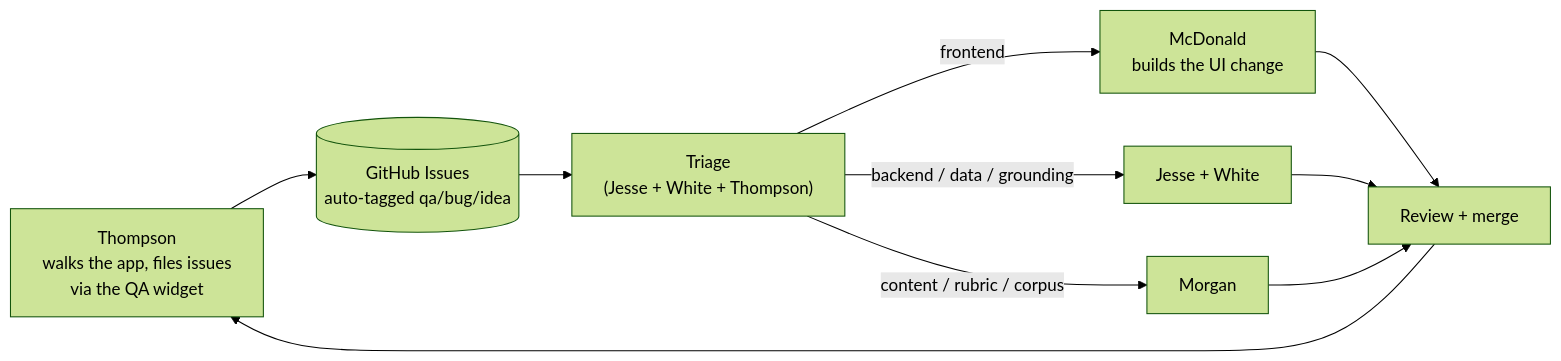
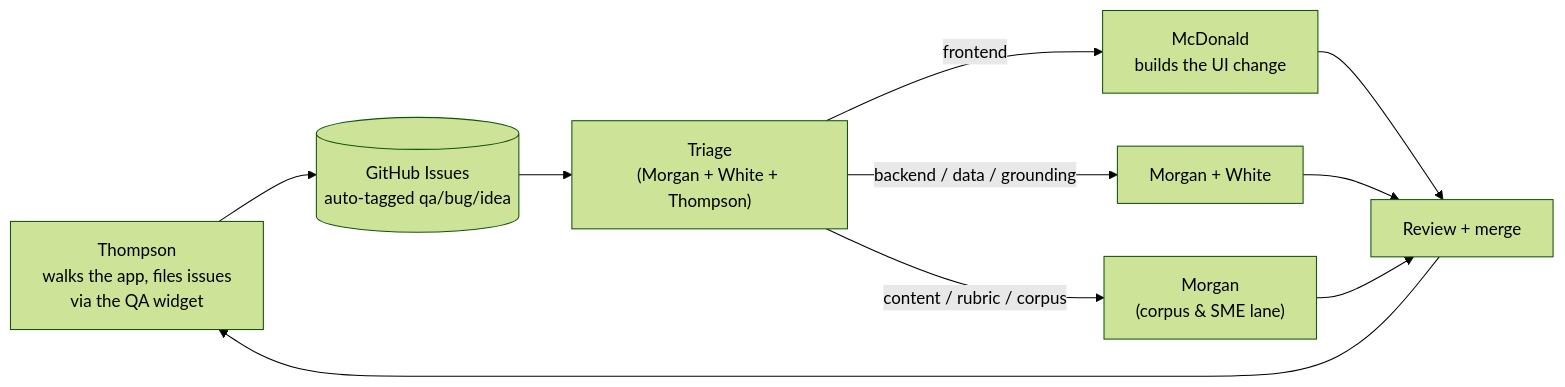
Before and after one commit to jeranaias/grounded-training-demo: the diagram in docs/gameday/TEAM-PLAN.md, drawn with Mermaid (forest theme). The commit also changed other lines of this file and 1 other file, not shown here.

Commit message:
Correct roster to 4 people: Morgan (Jesse) owns grounding + content/SME lane

````diff
--- a/docs/gameday/TEAM-PLAN.md
+++ b/docs/gameday/TEAM-PLAN.md
@@ -20,12 +19,12 @@
 ```mermaid
 flowchart LR
   T["Thompson<br/>walks the app, files issues<br/>via the QA widget"] --> B[("GitHub Issues<br/>auto-tagged qa/bug/idea")]
-  B --> TR["Triage<br/>(Jesse + White + Thompson)"]
+  B --> TR["Triage<br/>(Morgan + White + Thompson)"]
   TR -->|frontend| M["McDonald<br/>builds the UI change"]
-  TR -->|backend / data / grounding| BE["Jesse + White"]
-  TR -->|content / rubric / corpus| MO["Morgan"]
+  TR -->|backend / data / grounding| BE["Morgan + White"]
+  TR -->|content / rubric / corpus| MO["Morgan<br/>(corpus & SME lane)"]
   M --> R["Review + merge"]
   BE --> R
   MO --> R
   R --> T
 ```
````
